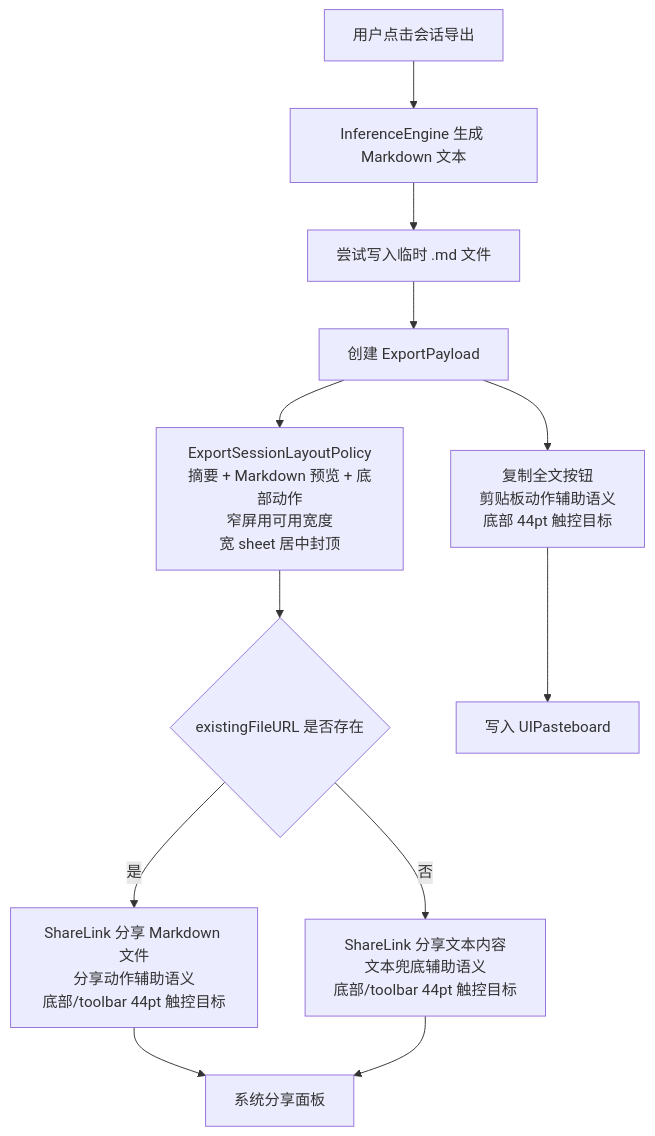
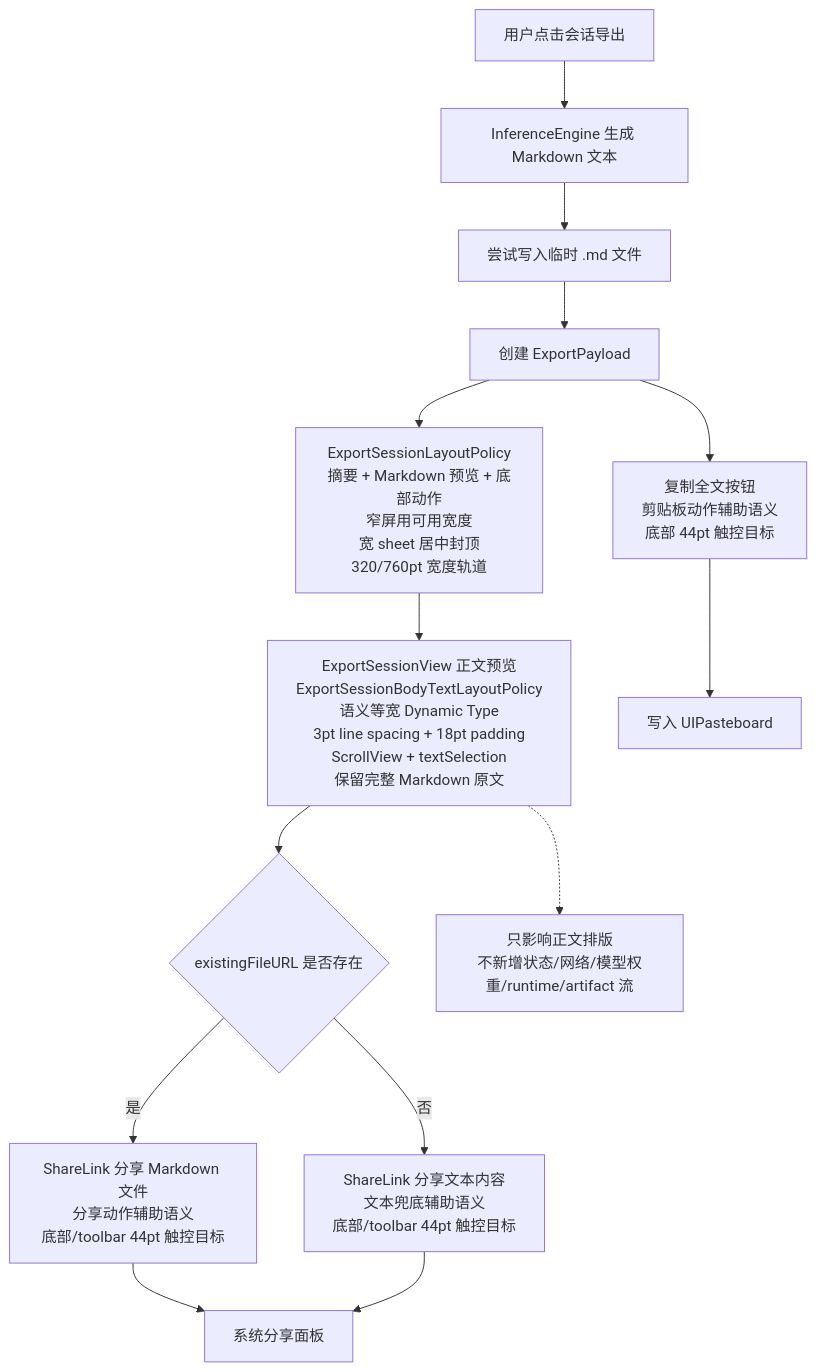
The seventh of 10 diagrams in md/flow/flowchart.md (Altman-sam114/113), drawn with Mermaid before and after one commit. The commit also changed other lines of this file and 8 other files, not shown here.

````diff
--- a/md/flow/flowchart.md
+++ b/md/flow/flowchart.md
@@ -151,14 +151,16 @@
 ```mermaid
 flowchart TD
     A[用户点击会话导出] --> B[InferenceEngine 生成 Markdown 文本]
     B --> C[尝试写入临时 .md 文件]
     C --> D[创建 ExportPayload]
-    D --> W[ExportSessionLayoutPolicy<br/>摘要 + Markdown 预览 + 底部动作<br/>窄屏用可用宽度<br/>宽 sheet 居中封顶]
-    W --> E{existingFileURL 是否存在}
+    D --> W[ExportSessionLayoutPolicy<br/>摘要 + Markdown 预览 + 底部动作<br/>窄屏用可用宽度<br/>宽 sheet 居中封顶<br/>320/760pt 宽度轨道]
+    W --> P[ExportSessionView 正文预览<br/>ExportSessionBodyTextLayoutPolicy<br/>语义等宽 Dynamic Type<br/>3pt line spacing + 18pt padding<br/>ScrollView + textSelection<br/>保留完整 Markdown 原文]
+    P --> E{existingFileURL 是否存在}
     E -- 是 --> F[ShareLink 分享 Markdown 文件<br/>分享动作辅助语义<br/>底部/toolbar 44pt 触控目标]
     E -- 否 --> G[ShareLink 分享文本内容<br/>文本兜底辅助语义<br/>底部/toolbar 44pt 触控目标]
     F --> H[系统分享面板]
     G --> H
     D --> I[复制全文按钮<br/>剪贴板动作辅助语义<br/>底部 44pt 触控目标]
     I --> J[写入 UIPasteboard]
+    P -.-> N[只影响正文排版<br/>不新增状态/网络/模型权重/runtime/artifact 流]
 ```
````
